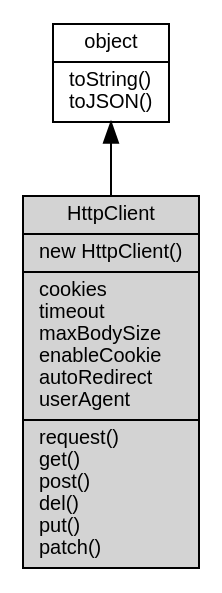
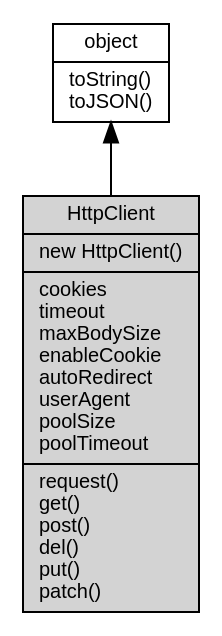
One commit to fibjs/fibjs.org changed the diagram in docs/manual/object/ifs/HttpClient.md. Above: the diagram before and after it, drawn with Graphviz. The commit also changed other lines of this file and 31 other files, not shown here.

````diff
--- a/docs/manual/object/ifs/HttpClient.md
+++ b/docs/manual/object/ifs/HttpClient.md
@@ -14,10 +14,10 @@
 ```dot
 digraph {
     node [fontname="Helvetica,sans-Serif", fontsize=10, shape="record", style="filled", fillcolor="white"];
 
     object [tooltip="object", URL="object.md", label="{object|toString()\ltoJSON()\l}"];
-    HttpClient [tooltip="HttpClient", fillcolor="lightgray", id="me", label="{HttpClient|new HttpClient()\l|cookies\ltimeout\lmaxBodySize\lenableCookie\lautoRedirect\luserAgent\l|request()\lget()\lpost()\ldel()\lput()\lpatch()\l}"];
+    HttpClient [tooltip="HttpClient", fillcolor="lightgray", id="me", label="{HttpClient|new HttpClient()\l|cookies\ltimeout\lmaxBodySize\lenableCookie\lautoRedirect\luserAgent\lpoolSize\lpoolTimeout\l|request()\lget()\lpost()\ldel()\lput()\lpatch()\l}"];
 
     object -> HttpClient [dir=back];
 }
 ```
````
